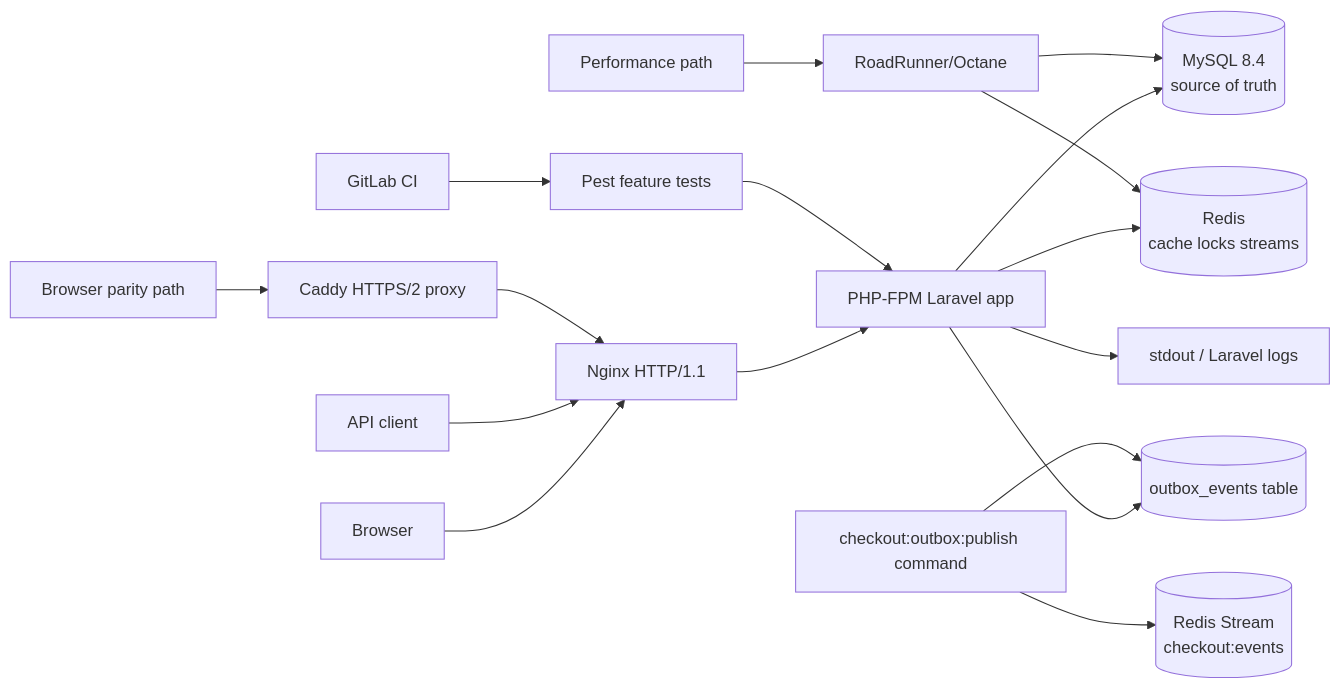
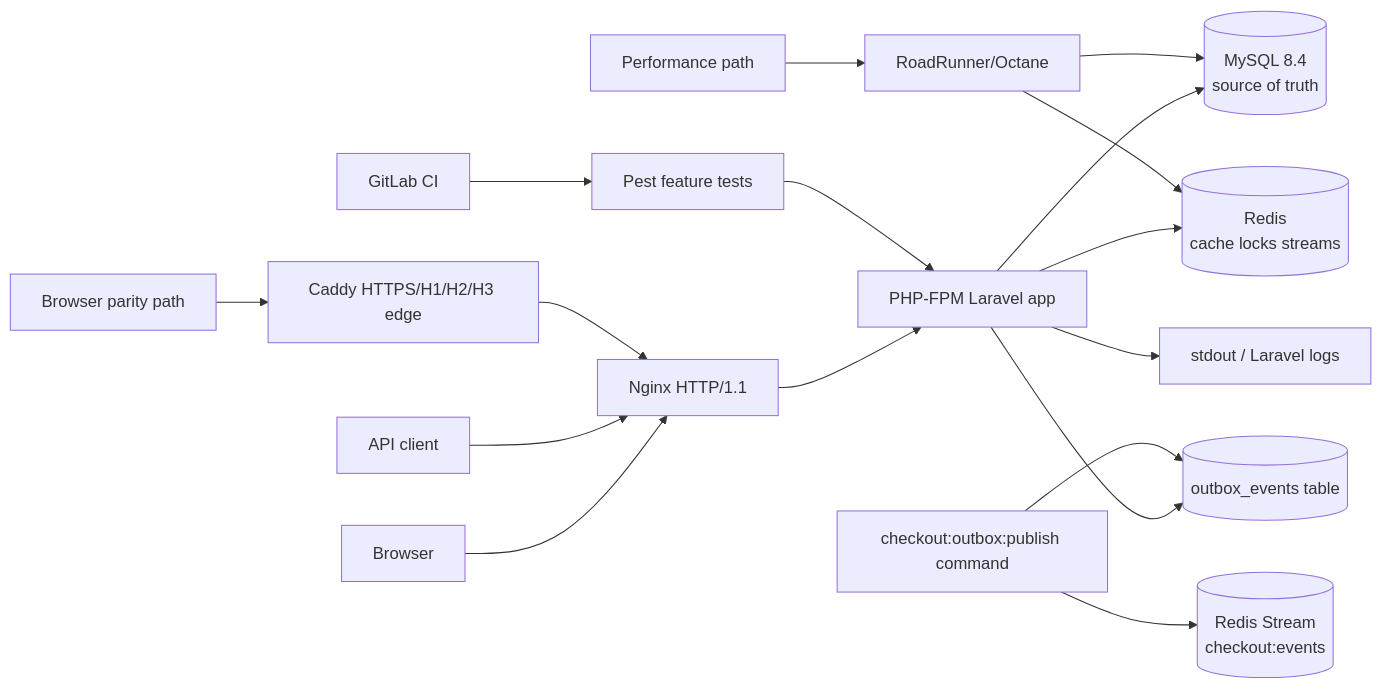
One commit to ankit-singhal87/checkout-orchestration-service changed the first of 2 diagrams in docs/human/architecture/containers.md. Above: the diagram before and after it, drawn with Mermaid. The commit also changed other lines of this file and 15 other files, not shown here.

Commit message:
Add Caddy edge parity plan

````diff
--- a/docs/human/architecture/containers.md
+++ b/docs/human/architecture/containers.md
@@ -5,19 +5,19 @@
 ```mermaid
 flowchart LR
   Browser[Browser] --> Nginx[Nginx HTTP/1.1]
   ApiClient[API client] --> Nginx
   Nginx --> Fpm[PHP-FPM Laravel app]
-  BrowserParity[Browser parity path] --> Proxy[Caddy HTTPS/2 proxy]
+  BrowserParity[Browser parity path] --> Proxy[Caddy HTTPS/H1/H2/H3 edge]
   Proxy --> Nginx
   BrowserPerf[Performance path] --> RoadRunner[RoadRunner/Octane]
   Fpm --> MySQL[(MySQL 8.4\nsource of truth)]
   Fpm --> Redis[(Redis\ncache locks streams)]
   RoadRunner --> MySQL
   RoadRunner --> Redis
   Fpm --> Outbox[(outbox_events table)]
   Publisher[checkout:outbox:publish command] --> Outbox
   Publisher --> RedisStream[(Redis Stream\ncheckout:events)]
   Fpm --> Stdout[stdout / Laravel logs]
   Tests[Pest feature tests] --> Fpm
   GitLab[GitLab CI] --> Tests
 ```
````
